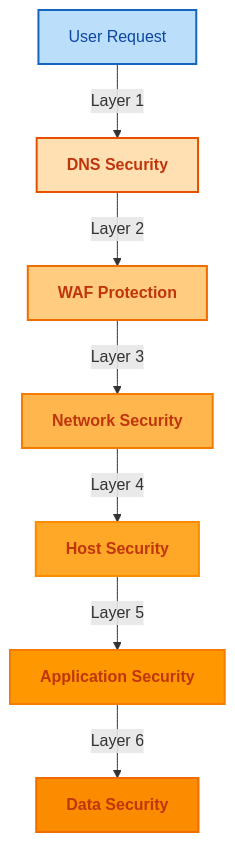
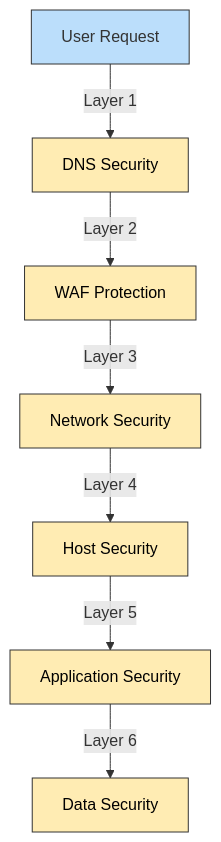
The seventh of 9 diagrams in SECURITY_ARCHITECTURE.md (Hack23/cia), drawn with Mermaid before and after one commit. The commit also changed other lines of this file, not shown here.

````diff
--- a/SECURITY_ARCHITECTURE.md
+++ b/SECURITY_ARCHITECTURE.md
@@ -658,27 +862,17 @@
 ```mermaid
 graph TD
-    %% Node styling classes
-    classDef userNode fill:#bbdefb,stroke:#1565c0,stroke-width:2px,color:#0d47a1
-    classDef layer1 fill:#ffe0b2,stroke:#e65100,stroke-width:2px,color:#bf360c,font-weight:bold
-    classDef layer2 fill:#ffcc80,stroke:#ef6c00,stroke-width:2px,color:#bf360c,font-weight:bold
-    classDef layer3 fill:#ffb74d,stroke:#f57c00,stroke-width:2px,color:#bf360c,font-weight:bold
-    classDef layer4 fill:#ffa726,stroke:#fb8c00,stroke-width:2px,color:#bf360c,font-weight:bold
-    classDef layer5 fill:#ff9800,stroke:#f57c00,stroke-width:2px,color:#bf360c,font-weight:bold
-    classDef layer6 fill:#fb8c00,stroke:#ef6c00,stroke-width:2px,color:#bf360c,font-weight:bold
-    
     A[User Request] -->|Layer 1| B[DNS Security]
     B -->|Layer 2| C[WAF Protection]
     C -->|Layer 3| D[Network Security]
     D -->|Layer 4| E[Host Security]
     E -->|Layer 5| F[Application Security]
     F -->|Layer 6| G[Data Security]
     
-    %% Apply styling classes
-    class A userNode
-    class B layer1
-    class C layer2
-    class D layer3
-    class E layer4
-    class F layer5
-    class G layer6
+    style A fill:#bbdefb,stroke:#333,stroke-width:1px
+    style B fill:#ffecb3,stroke:#333,stroke-width:1px,color:black
+    style C fill:#ffecb3,stroke:#333,stroke-width:1px,color:black
+    style D fill:#ffecb3,stroke:#333,stroke-width:1px,color:black
+    style E fill:#ffecb3,stroke:#333,stroke-width:1px,color:black
+    style F fill:#ffecb3,stroke:#333,stroke-width:1px,color:black
+    style G fill:#ffecb3,stroke:#333,stroke-width:1px,color:black
 ```
````
